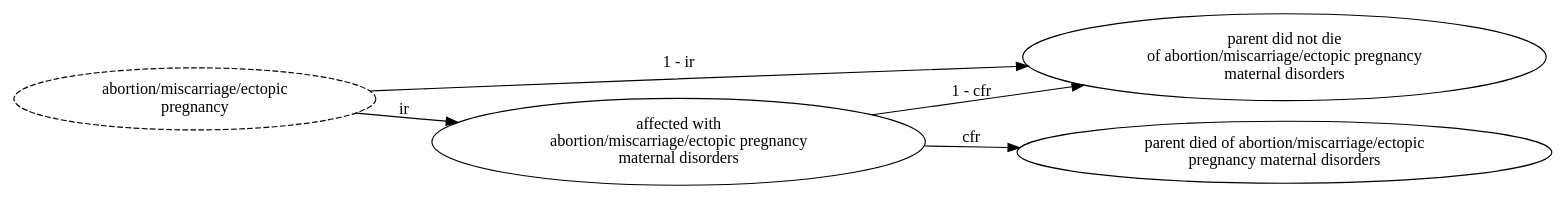
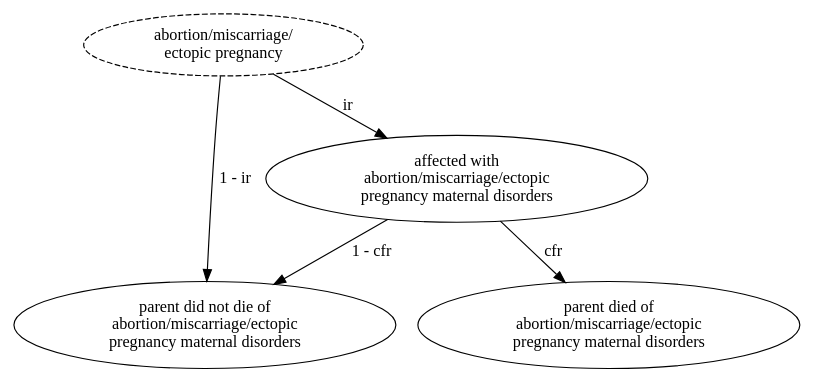
The diagram in docs/source/models/causes/maternal_disorders/gbd_2021_mncnh/abortion_miscarriage_ectopic_pregnancy_causes.rst (ihmeuw/vivarium_research), drawn with Graphviz before and after one commit. The commit also changed 9 other files, not shown here.

First line of the commit message:
Make graphviz cause model diagrams more compact and vertical

```diff
--- a/docs/source/models/causes/maternal_disorders/gbd_2021_mncnh/abortion_miscarriage_ectopic_pregnancy_causes.rst
+++ b/docs/source/models/causes/maternal_disorders/gbd_2021_mncnh/abortion_miscarriage_ectopic_pregnancy_causes.rst
@@ -108,14 +108,13 @@
 .. graphviz::
 
     digraph hemorrhage_decisions {
-        rankdir = LR;
-        ptp [label="abortion/miscarriage/ectopic\npregnancy", style=dashed]
-        alive [label="parent did not die\nof abortion/miscarriage/ectopic pregnancy\nmaternal disorders"]
-        dead [label="parent died of abortion/miscarriage/ectopic\npregnancy maternal disorders"]
-        PTPMD [label="affected with\nabortion/miscarriage/ectopic pregnancy\nmaternal disorders"]
+        ptp [label="abortion/miscarriage/\nectopic pregnancy", style=dashed]
+        alive [label="parent did not die of\nabortion/miscarriage/ectopic\npregnancy maternal disorders"]
+        dead [label="parent died of\nabortion/miscarriage/ectopic\npregnancy maternal disorders"]
+        PTPMD [label="affected with\nabortion/miscarriage/ectopic\npregnancy maternal disorders"]
 
         ptp -> alive  [label = "1 - ir"]
         ptp -> PTPMD [label = "ir"]
         PTPMD -> alive [label = "1 - cfr"]
         PTPMD -> dead [label = "cfr"]
     }
```
